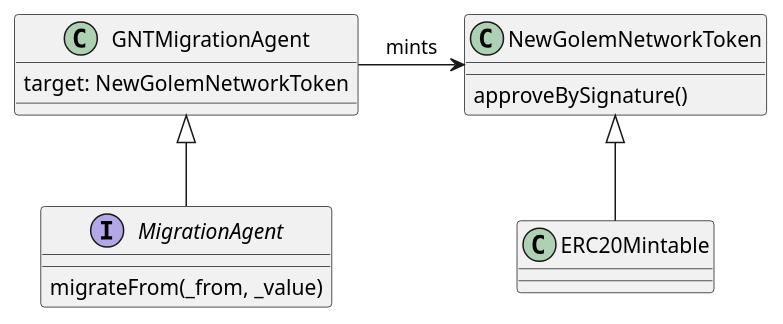
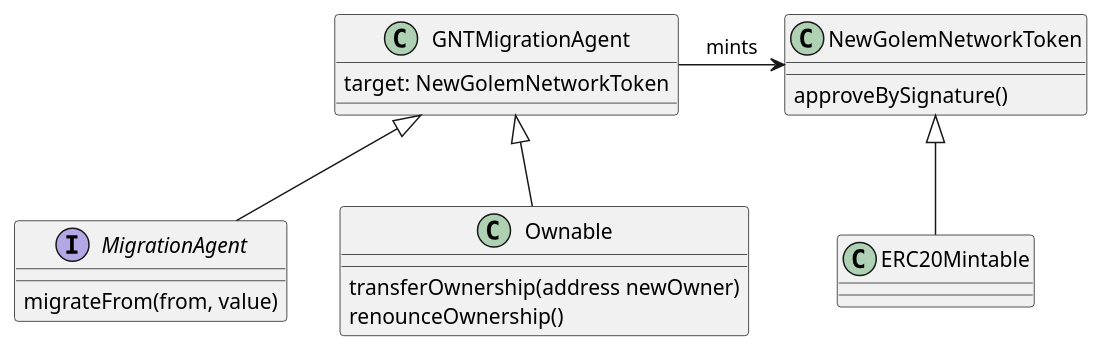
The diagram in notes/contract_design.puml (golemfactory/gnt2), drawn with PlantUML before and after one commit. The commit also changed 1 other file, not shown here.

Commit message:
Added Ownable to diagrams.

```diff
--- a/notes/contract_design.puml
+++ b/notes/contract_design.puml
@@ -1,21 +1,30 @@
 @startuml
 
+
 interface MigrationAgent {
-    migrateFrom(_from, _value)
+    migrateFrom(from, value)
 }
+
+class Ownable {
+  transferOwnership(address newOwner)
+  renounceOwnership()
+}
+
 class GNTMigrationAgent {
     target: NewGolemNetworkToken
 }
+
 GNTMigrationAgent -> NewGolemNetworkToken : mints
 GNTMigrationAgent <|-- MigrationAgent
+GNTMigrationAgent <|-- Ownable
 
 class ERC20Mintable {
 }
 
 class NewGolemNetworkToken {
     approveBySignature()
 }
 
 NewGolemNetworkToken <|-- ERC20Mintable
 
 @enduml
```
